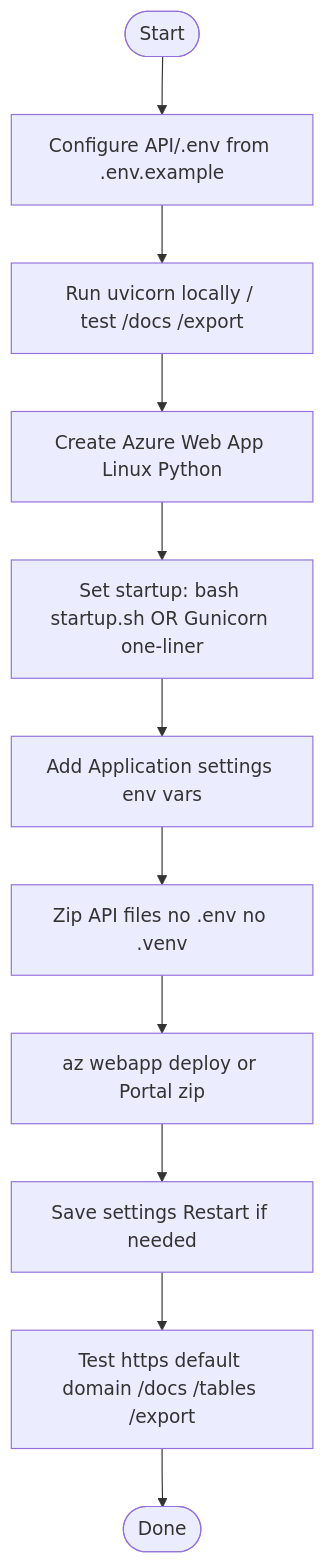
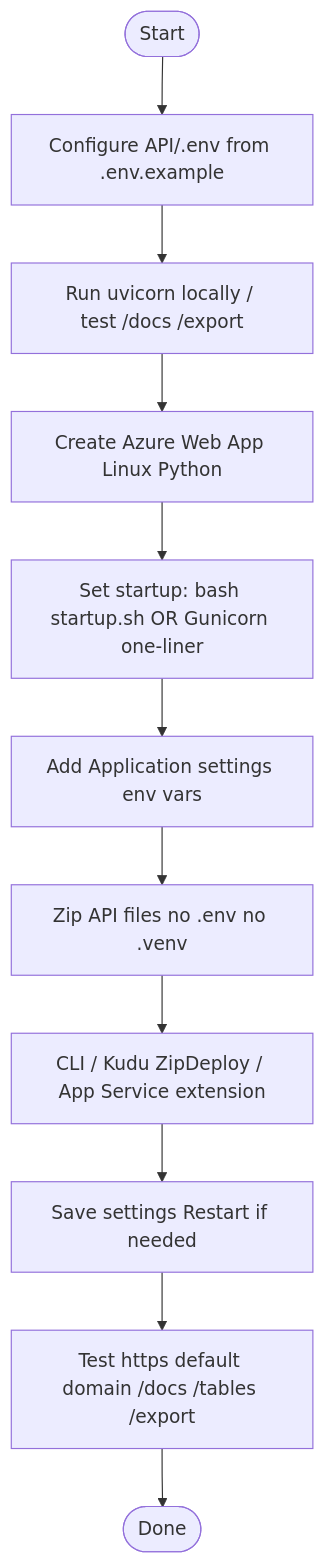
The fourth of 4 diagrams in API/README.md (gems-project/data-entry-template), drawn with Mermaid before and after one commit. The commit also changed other lines of this file and 1 other file, not shown here.

````diff
--- a/API/README.md
+++ b/API/README.md
@@ -106,14 +106,14 @@
 ```mermaid
 flowchart TD
   START([Start]) --> LOCAL[Configure API/.env from .env.example]
   LOCAL --> RUNLOCAL[Run uvicorn locally / test /docs /export]
   RUNLOCAL --> AZCREATE[Create Azure Web App Linux Python]
   AZCREATE --> STARTUP[Set startup: bash startup.sh OR Gunicorn one-liner]
   STARTUP --> APPVARS[Add Application settings env vars]
   APPVARS --> ZIP[Zip API files no .env no .venv]
-  ZIP --> DEPLOY[az webapp deploy or Portal zip]
+  ZIP --> DEPLOY[CLI / Kudu ZipDeploy / App Service extension]
   DEPLOY --> SAVE[Save settings Restart if needed]
   SAVE --> TEST[Test https default domain /docs /tables /export]
   TEST --> SHARE[Share URL + X-API-Key with collaborators]
   SHARE([Done])
 ```
````
